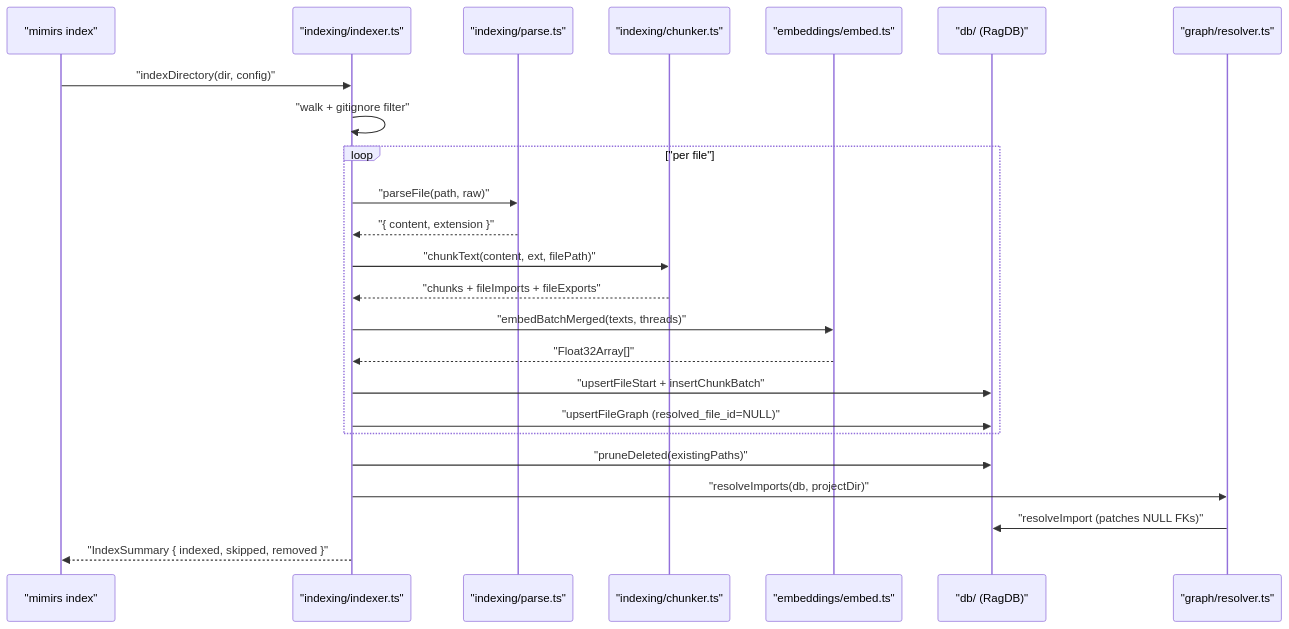
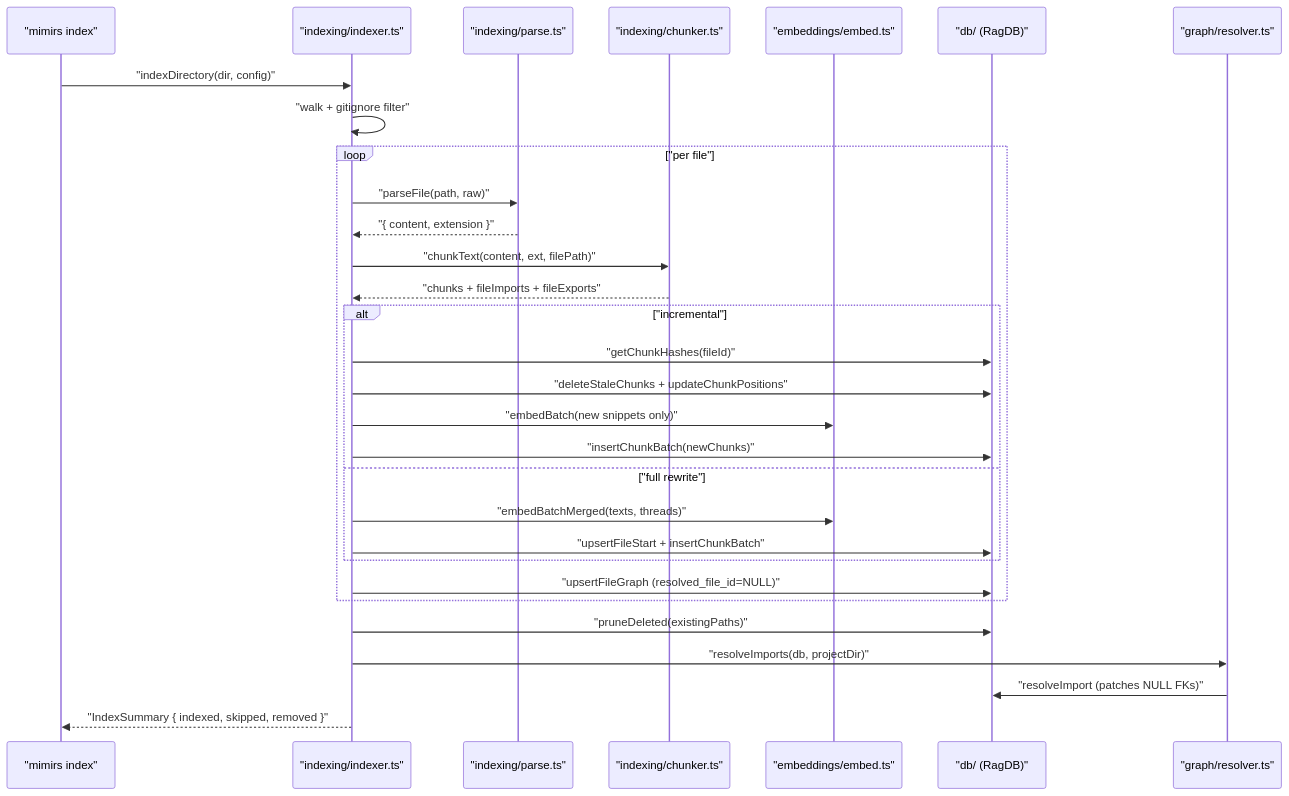
Before and after one commit to TheWinci/mimirs: the first of 4 diagrams in wiki/data-flows.md, drawn with Mermaid. The commit also changed other lines of this file and 33 other files, not shown here.

````diff
--- a/wiki/data-flows.md
+++ b/wiki/data-flows.md
@@ -9,27 +11,33 @@
 ```mermaid
 sequenceDiagram
   participant cli as "mimirs index"
   participant indexer as "indexing/indexer.ts"
   participant parser as "indexing/parse.ts"
   participant chunker as "indexing/chunker.ts"
   participant embed as "embeddings/embed.ts"
   participant db as "db/ (RagDB)"
   participant resolver as "graph/resolver.ts"
 
   cli->>indexer: "indexDirectory(dir, config)"
   indexer->>indexer: "walk + gitignore filter"
   loop "per file"
     indexer->>parser: "parseFile(path, raw)"
     parser-->>indexer: "{ content, extension }"
     indexer->>chunker: "chunkText(content, ext, filePath)"
     chunker-->>indexer: "chunks + fileImports + fileExports"
-    indexer->>embed: "embedBatchMerged(texts, threads)"
-    embed-->>indexer: "Float32Array[]"
-    indexer->>db: "upsertFileStart + insertChunkBatch"
+    alt "incremental"
+      indexer->>db: "getChunkHashes(fileId)"
+      indexer->>db: "deleteStaleChunks + updateChunkPositions"
+      indexer->>embed: "embedBatch(new snippets only)"
+      indexer->>db: "insertChunkBatch(newChunks)"
+    else "full rewrite"
+      indexer->>embed: "embedBatchMerged(texts, threads)"
+      indexer->>db: "upsertFileStart + insertChunkBatch"
+    end
     indexer->>db: "upsertFileGraph (resolved_file_id=NULL)"
   end
   indexer->>db: "pruneDeleted(existingPaths)"
   indexer->>resolver: "resolveImports(db, projectDir)"
   resolver->>db: "resolveImport (patches NULL FKs)"
   indexer-->>cli: "IndexSummary { indexed, skipped, removed }"
 ```
````
